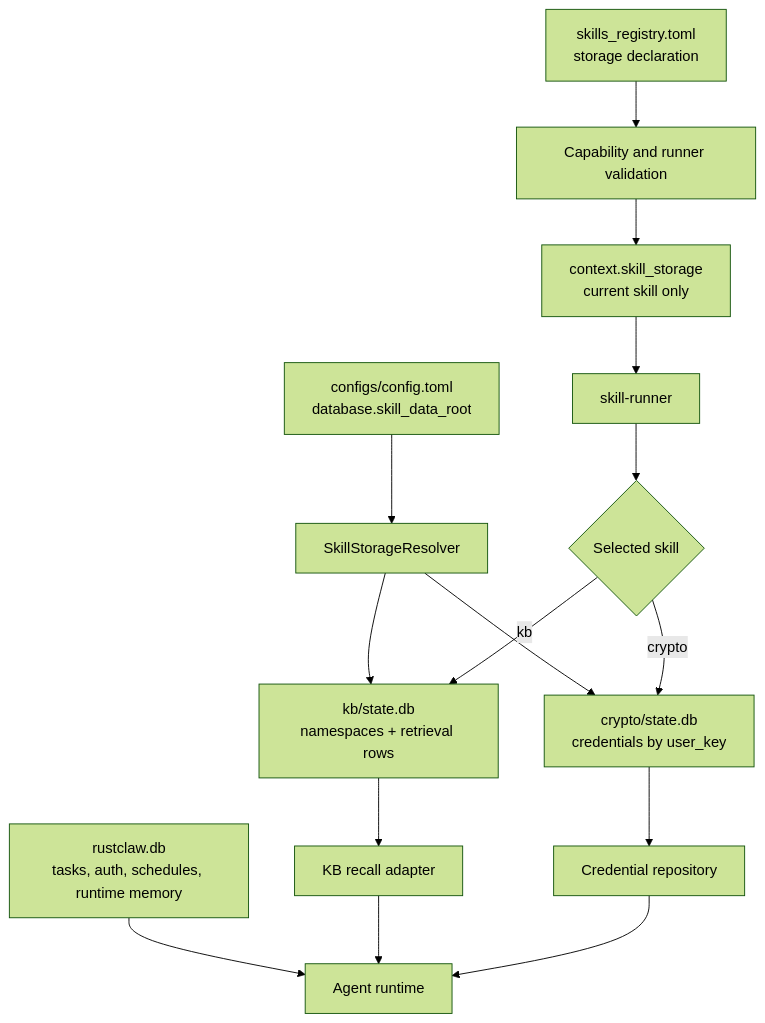
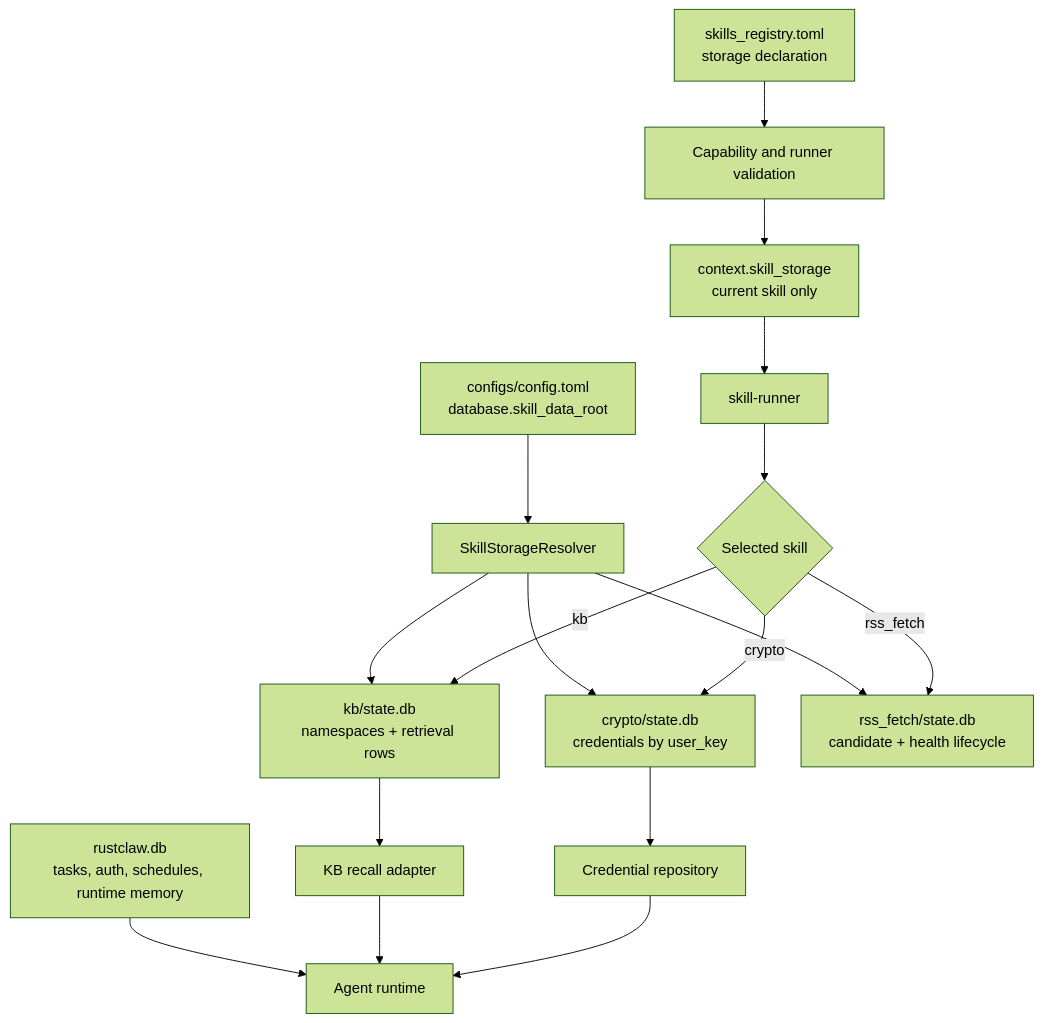
One commit to MatrixCoreX/RustClaw changed the diagram in docs/architecture/08-skill-owned-storage.md. Above: the diagram before and after it, drawn with Mermaid (forest theme). The commit also changed other lines of this file and 332 other files, not shown here.

````diff
--- a/docs/architecture/08-skill-owned-storage.md
+++ b/docs/architecture/08-skill-owned-storage.md
@@ -15,17 +17,19 @@
 ```mermaid
 flowchart TD
     A[configs/config.toml<br/>database.skill_data_root] --> B[SkillStorageResolver]
     C[skills_registry.toml<br/>storage declaration] --> D[Capability and runner validation]
     B --> E[crypto/state.db<br/>credentials by user_key]
     B --> F[kb/state.db<br/>namespaces + retrieval rows]
+    B --> N[rss_fetch/state.db<br/>candidate + health lifecycle]
     D --> G[context.skill_storage<br/>current skill only]
     G --> H[skill-runner]
     H --> I{Selected skill}
     I -->|crypto| E
     I -->|kb| F
+    I -->|rss_fetch| N
     J[rustclaw.db<br/>tasks, auth, schedules, runtime memory] --> K[Agent runtime]
     F --> L[KB recall adapter]
     L --> K
     E --> M[Credential repository]
     M --> K
 ```
````
